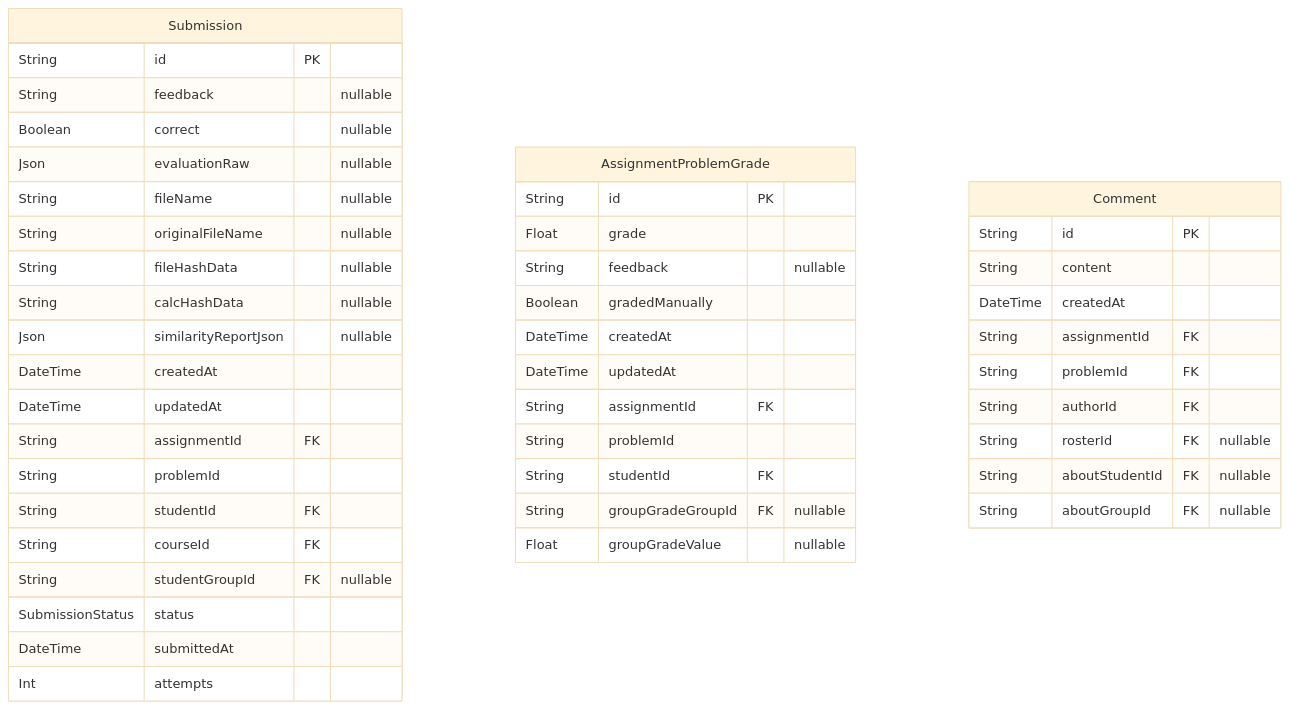
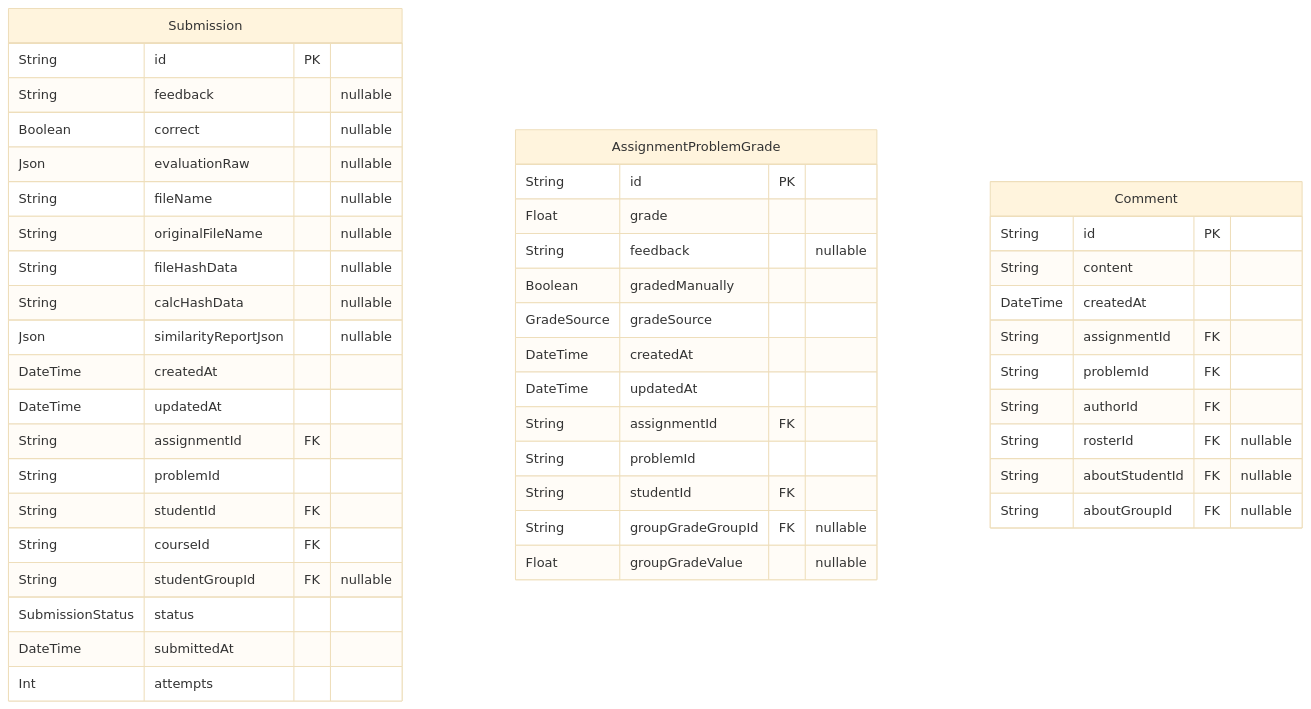
Before and after one commit to PennStateCS/AFCT: the fourth of 5 diagrams in docs-site/docs/reference/database-schema.md, drawn with Mermaid (base theme). The commit also changed other lines of this file and 24 other files, not shown here.

````diff
--- a/docs-site/docs/reference/database-schema.md
+++ b/docs-site/docs/reference/database-schema.md
@@ -479,48 +479,49 @@
 ```mermaid
 erDiagram
 "Submission" {
   String id PK
   String feedback "nullable"
   Boolean correct "nullable"
   Json evaluationRaw "nullable"
   String fileName "nullable"
   String originalFileName "nullable"
   String fileHashData "nullable"
   String calcHashData "nullable"
   Json similarityReportJson "nullable"
   DateTime createdAt
   DateTime updatedAt
   String assignmentId FK
   String problemId
   String studentId FK
   String courseId FK
   String studentGroupId FK "nullable"
   SubmissionStatus status
   DateTime submittedAt
   Int attempts
 }
 "AssignmentProblemGrade" {
   String id PK
   Float grade
   String feedback "nullable"
   Boolean gradedManually
+  GradeSource gradeSource
   DateTime createdAt
   DateTime updatedAt
   String assignmentId FK
   String problemId
   String studentId FK
   String groupGradeGroupId FK "nullable"
   Float groupGradeValue "nullable"
 }
 "Comment" {
   String id PK
   String content
   DateTime createdAt
   String assignmentId FK
   String problemId FK
   String authorId FK
   String rosterId FK "nullable"
   String aboutStudentId FK "nullable"
   String aboutGroupId FK "nullable"
 }
 ```
````
